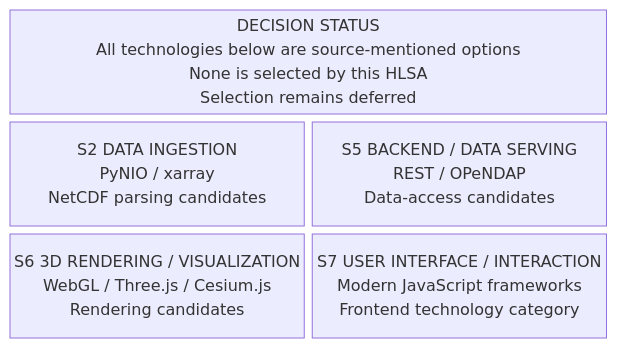
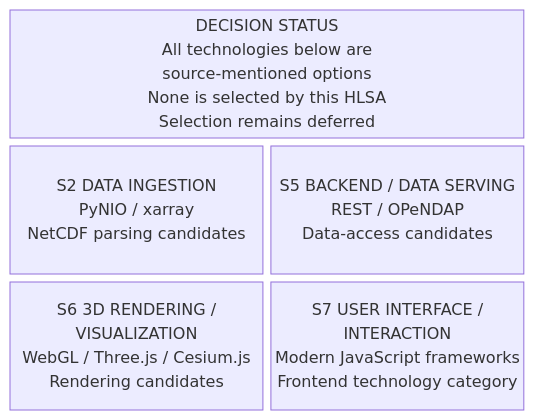
Before and after one commit to CSubham/incois-3d-ocean-visualization: the sixth of 6 diagrams in HLSA_INCOIS_3D_Ocean_Data_Visualization_System.md, drawn with Mermaid. The commit also changed other lines of this file, not shown here.

Commit message:
High Level Software Architecture (can be revised in case of missing content or errors)

````diff
--- a/HLSA_INCOIS_3D_Ocean_Data_Visualization_System.md
+++ b/HLSA_INCOIS_3D_Ocean_Data_Visualization_System.md
@@ -296,17 +301,17 @@
 ```mermaid
 block-beta
     columns 2
 
-    STATUS["DECISION STATUS<br/>All technologies below are source-mentioned options<br/>None is selected by this HLSA<br/>Selection remains deferred"]:2
+    STATUS["DECISION STATUS<br/>All technologies below are<br/>source-mentioned options<br/>None is selected by this HLSA<br/>Selection remains deferred"]:2
 
     PARSE["S2 DATA INGESTION<br/>PyNIO / xarray<br/>NetCDF parsing candidates"]
     ACCESS["S5 BACKEND / DATA SERVING<br/>REST / OPeNDAP<br/>Data-access candidates"]
 
-    RENDER["S6 3D RENDERING / VISUALIZATION<br/>WebGL / Three.js / Cesium.js<br/>Rendering candidates"]
-    FRONTEND["S7 USER INTERFACE / INTERACTION<br/>Modern JavaScript frameworks<br/>Frontend technology category"]
+    RENDER["S6 3D RENDERING /<br/>VISUALIZATION<br/>WebGL / Three.js / Cesium.js<br/>Rendering candidates"]
+    FRONTEND["S7 USER INTERFACE /<br/>INTERACTION<br/>Modern JavaScript frameworks<br/>Frontend technology category"]
 
     classDef status fill:#FFF4D6,stroke:#B7791F,color:#1F2937,stroke-width:2px;
     classDef suggested fill:#FFF1F2,stroke:#BE123C,color:#1F2937,stroke-width:1.5px,stroke-dasharray:5 3;
     class STATUS status;
     class PARSE,ACCESS,RENDER,FRONTEND suggested;
 ```
````
